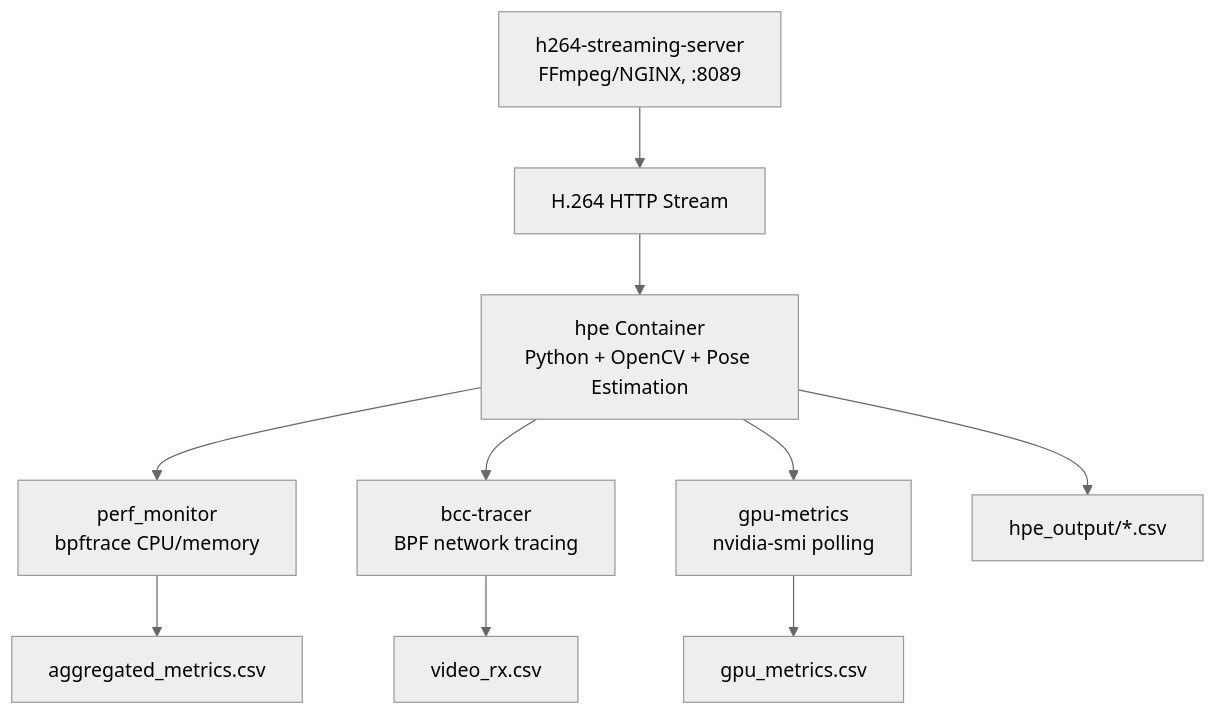
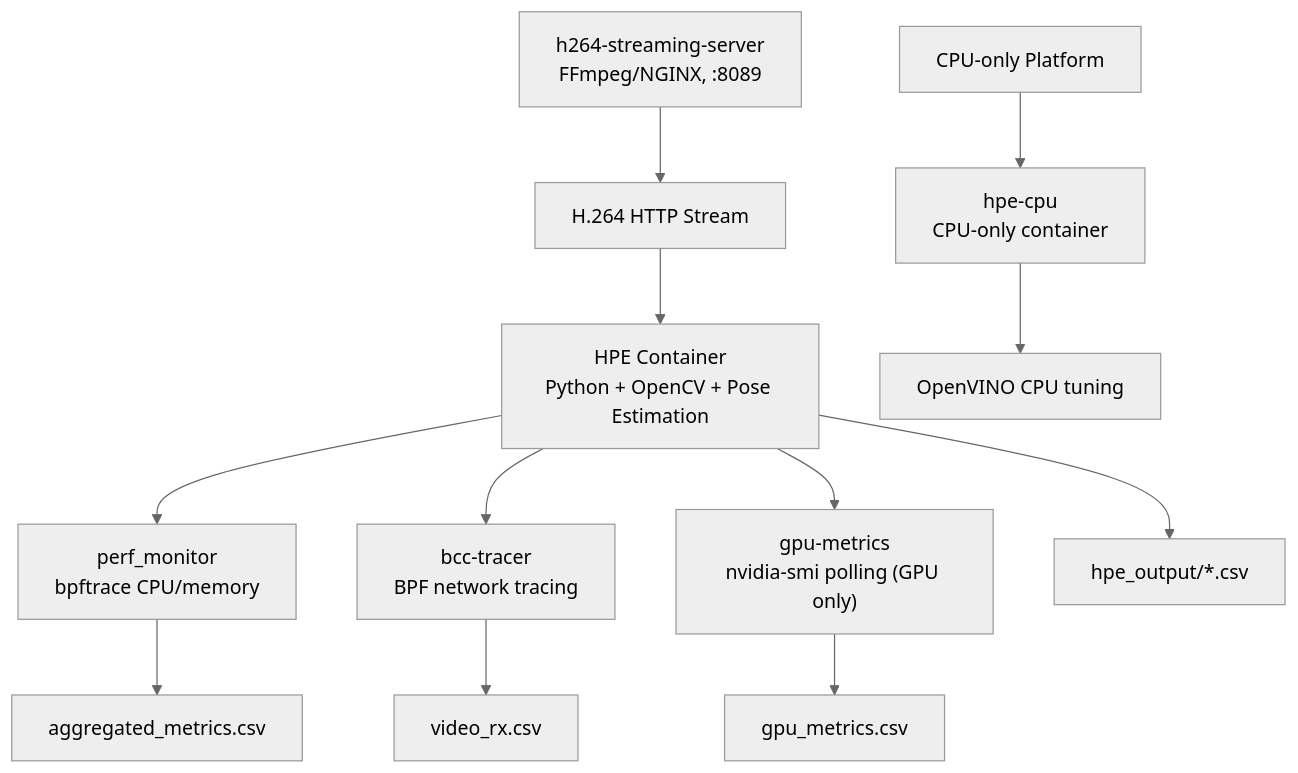
One commit to Fogus-Gr/MeasurementsDTs changed the third of 3 diagrams in .qoder/repowiki/en/content/Getting Started.md. Above: the diagram before and after it, drawn with Mermaid (neutral theme). The commit also changed other lines of this file and 5 other files, not shown here.

````diff
--- a/.qoder/repowiki/en/content/Getting Started.md
+++ b/.qoder/repowiki/en/content/Getting Started.md
@@ -286,12 +318,14 @@
 ```mermaid
 graph TD
 A["h264-streaming-server<br/>FFmpeg/NGINX, :8089"] --> B["H.264 HTTP Stream"]
-B --> C["hpe Container<br/>Python + OpenCV + Pose Estimation"]
+B --> C["HPE Container<br/>Python + OpenCV + Pose Estimation"]
 C --> D["perf_monitor<br/>bpftrace CPU/memory"]
 C --> E["bcc-tracer<br/>BPF network tracing"]
-C --> F["gpu-metrics<br/>nvidia-smi polling"]
+C --> F["gpu-metrics<br/>nvidia-smi polling (GPU only)"]
 D --> G["aggregated_metrics.csv"]
 E --> H["video_rx.csv"]
 F --> I["gpu_metrics.csv"]
 C --> J["hpe_output/*.csv"]
+K["CPU-only Platform"] --> L["hpe-cpu<br/>CPU-only container"]
+L --> M["OpenVINO CPU tuning"]
 ```
````
